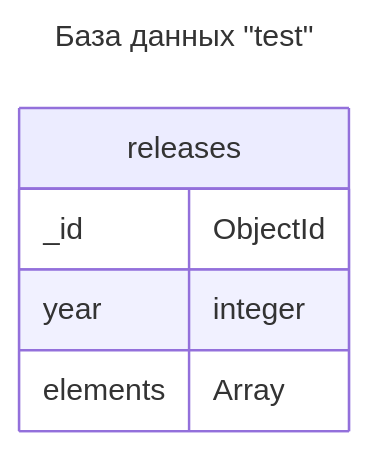
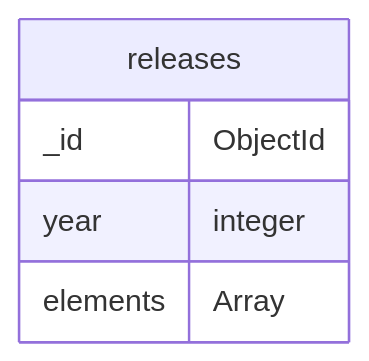
The diagram in README.md (chewjrr/Locked_Club), drawn with Mermaid before and after one commit. The commit also changed other lines of this file, not shown here.

````diff
--- a/README.md
+++ b/README.md
@@ -2,12 +2,9 @@
 ```mermaid.js
----
-title: База данных "test"
----
 erDiagram
 
 releases {
     _id ObjectId
     year integer
     elements Array
 }
 ```
````
